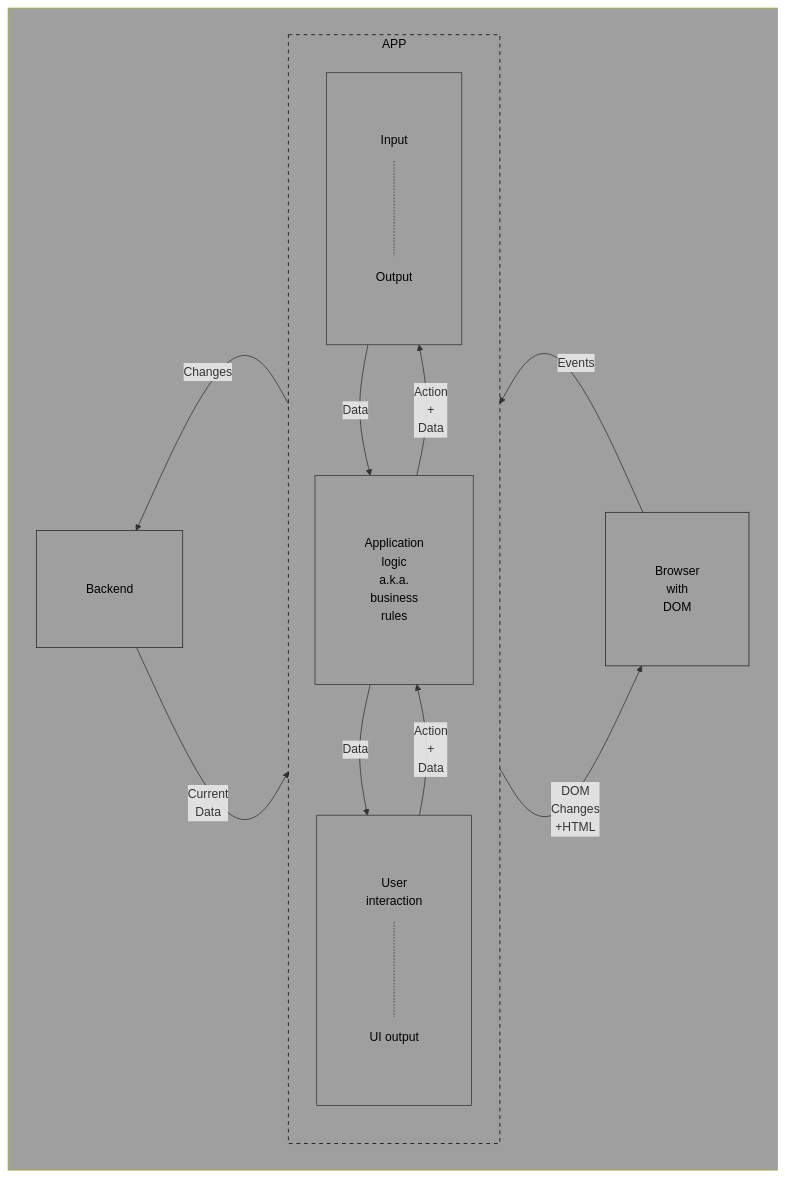
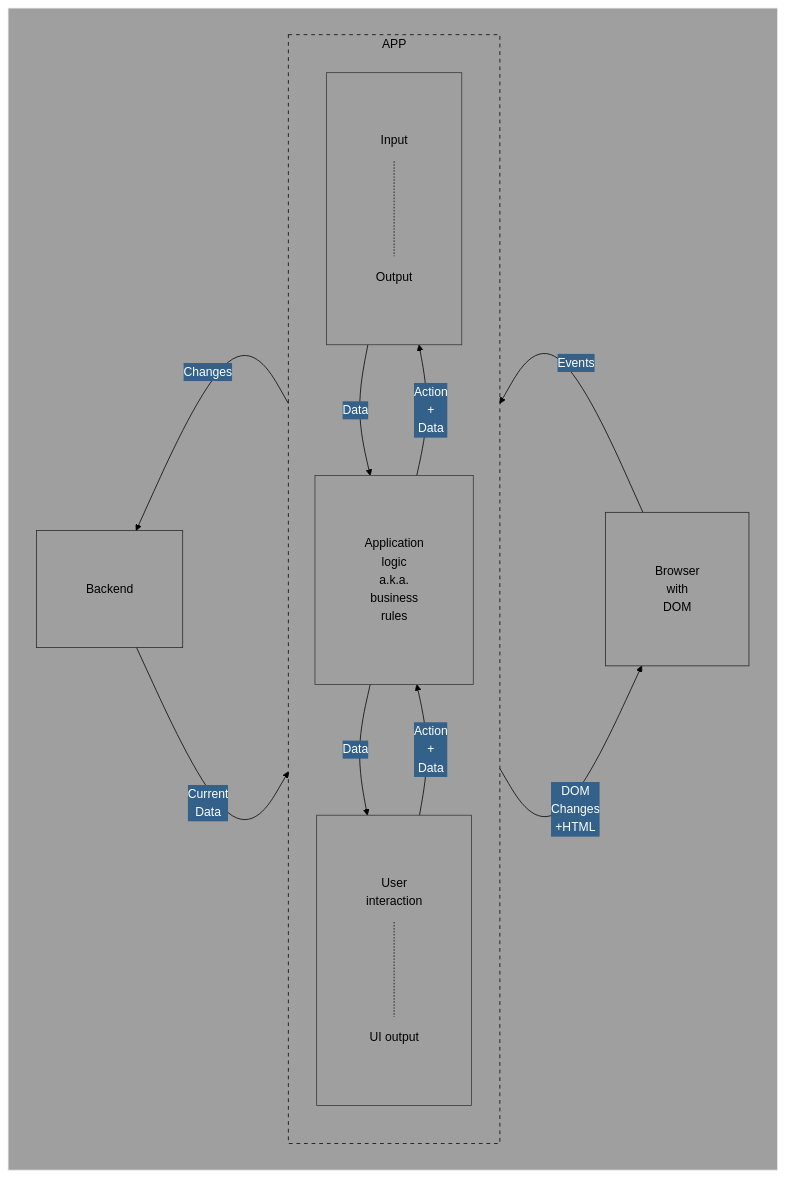
Before and after one commit to tomlajtos/my-dev-notes_dendron: the diagram in vault/winc-academy-notes.front-end-course.10_talking-to-the-back-end.md, drawn with Mermaid. The commit also changed other lines of this file, not shown here.

Commit message:
Add mermaid flow chart for API response, and links

````diff
--- a/vault/winc-academy-notes.front-end-course.10_talking-to-the-back-end.md
+++ b/vault/winc-academy-notes.front-end-course.10_talking-to-the-back-end.md
@@ -514,51 +514,65 @@
 ```mermaid
+%%{
+  init: {
+    'theme': 'base',
+    'themeVariables': {
+      'primaryColor': '#BB2528',
+      'primaryTextColor': '#fff',
+      'primaryBorderColor': '#7C0000',
+      'lineColor': '#000000',
+      'secondaryColor': '#336189',
+      'tertiaryColor': '#fff'
+    }
+  }
+}%%
+
 flowchart   LR
 id1[Browser \n with \n DOM]
 id2[User \n interaction]
 id3[UI output]
 id4[Application \n logic \n a.k.a. \n business \n rules]
 id5[Input]
 id6[Output]
 id7[Backend]
 
 classDef container fill: #9f9f9f, color: transparent
 classDef app color:#000, fill:transparent, stroke:#000, stroke-dasharray: 5 5
 classDef s3 fill:transparent, stroke: #2f2f2f
 classDef s1 fill:transparent, stroke: #252525, color:transparent
 classDef s2 fill:transparent, stroke: #353535, color:transparent
 classDef s3 fill:transparent, stroke: transparent, color:#000
 
 container:::container
 subgraph container
 direction RL
 Server:::s1
     subgraph Server
     id7:::s3
     end
 APP:::app
     subgraph APP
         direction TB
         UI:::s2
         subgraph UI
             direction TB
             id2:::s3 -.- id3:::s3
         end
         LOGIC:::s2
         subgraph LOGIC
             id4:::s3
         end
         I/O:::s2
         subgraph I/O
             direction TB
             id5:::s3 -.- id6:::s3
         end
     end
 Browser:::s1
 subgraph Browser
 id1:::s3
 end
 end
 
 Browser --Events--> UI --Action \n + \n Data --> LOGIC --Action \n + \n Data --> I/O --Changes--> Server --Current\nData--> I/O --Data--> LOGIC --Data--> UI --DOM\nChanges\n+HTML--> Browser
 
 ```
````
